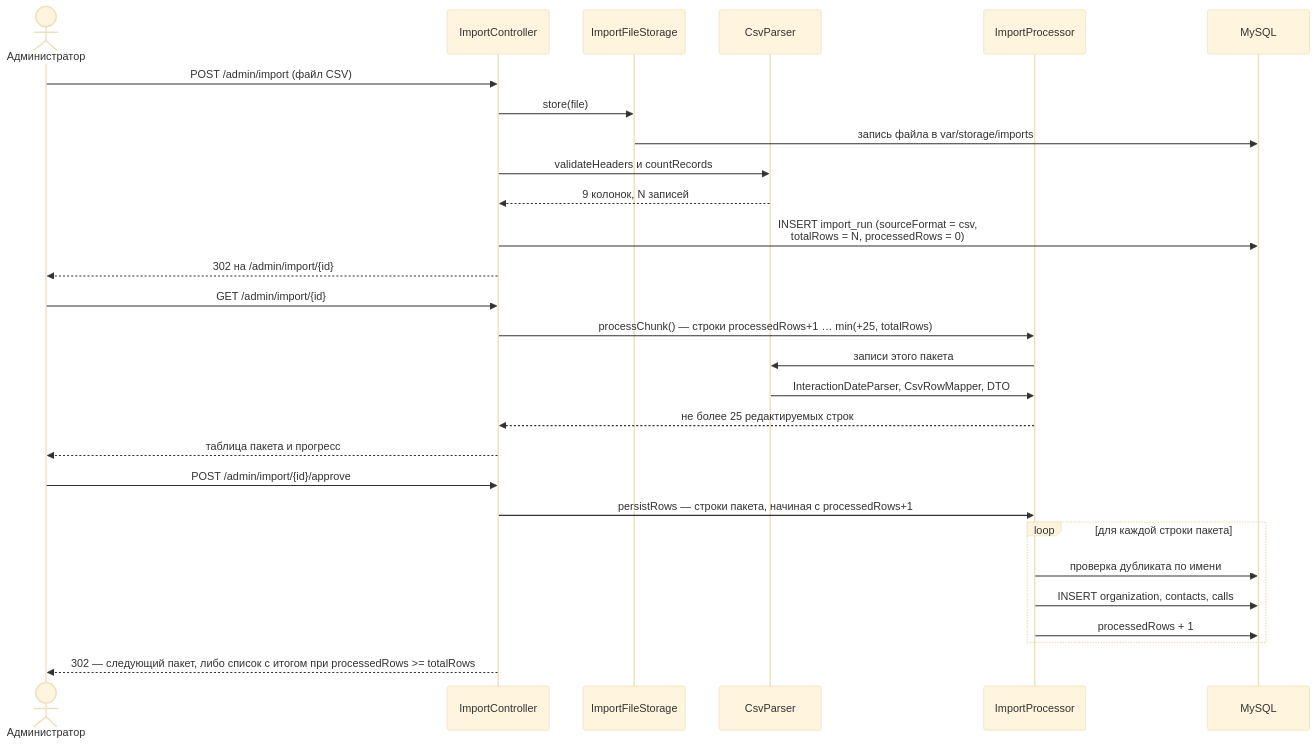
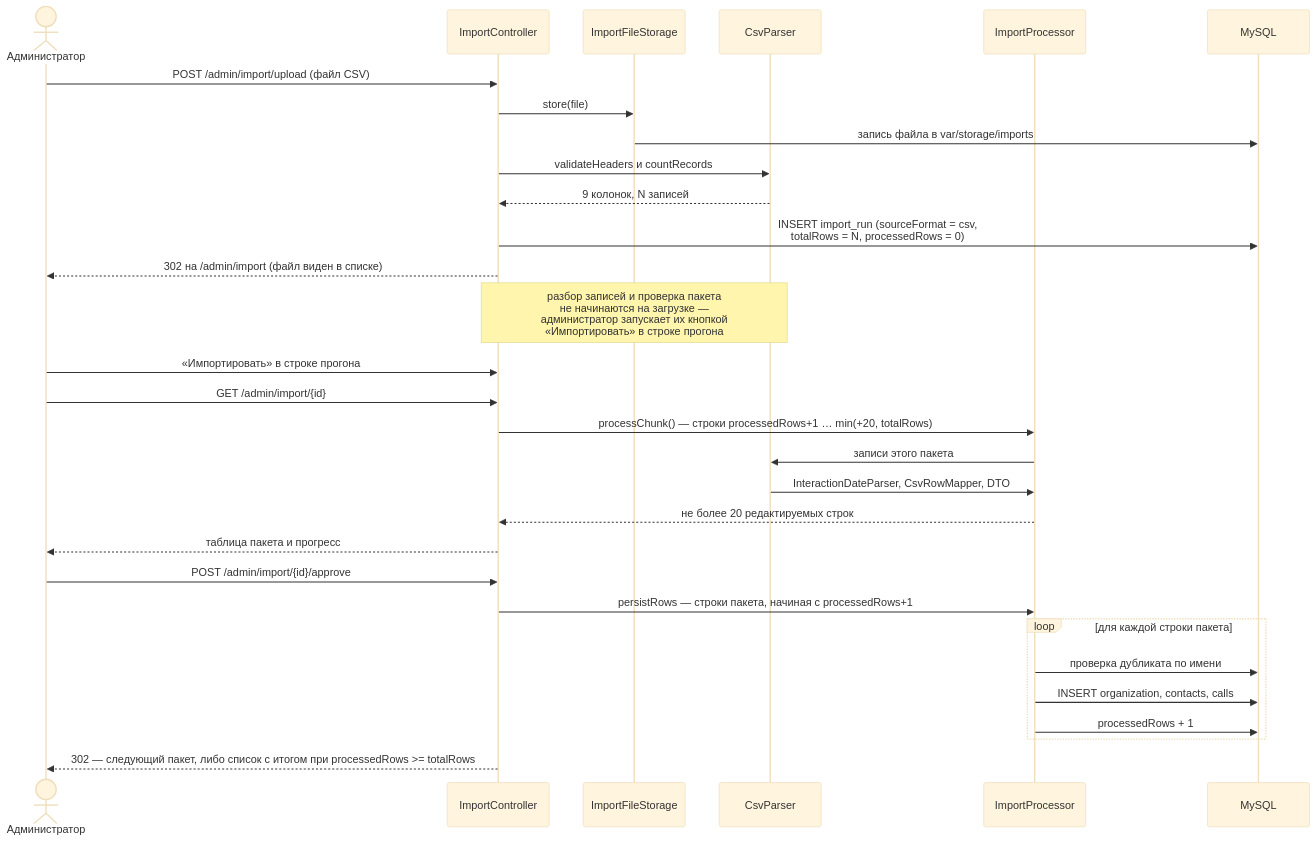
Before and after one commit to AliakseiBurak/crm-one: the second of 3 diagrams in openspec/changes/add-organizations-csv-import/design.md, drawn with Mermaid (base theme). The commit also changed other lines of this file and 7 other files, not shown here.

````diff
--- a/openspec/changes/add-organizations-csv-import/design.md
+++ b/openspec/changes/add-organizations-csv-import/design.md
@@ -533,33 +560,36 @@
 ```mermaid
 sequenceDiagram
     actor Admin as Администратор
     participant IC as ImportController
     participant ST as ImportFileStorage
     participant P as CsvParser
     participant IP as ImportProcessor
     participant DB as MySQL
 
-    Admin->>IC: POST /admin/import (файл CSV)
+    Admin->>IC: POST /admin/import/upload (файл CSV)
     IC->>ST: store(file)
     ST->>DB: запись файла в var/storage/imports
     IC->>P: validateHeaders и countRecords
     P-->>IC: 9 колонок, N записей
     IC->>DB: INSERT import_run (sourceFormat = csv,<br/>totalRows = N, processedRows = 0)
-    IC-->>Admin: 302 на /admin/import/{id}
+    IC-->>Admin: 302 на /admin/import (файл виден в списке)
 
+    Note over IC,P: разбор записей и проверка пакета<br/>не начинаются на загрузке —<br/>администратор запускает их кнопкой<br/>«Импортировать» в строке прогона
+
+    Admin->>IC: «Импортировать» в строке прогона
     Admin->>IC: GET /admin/import/{id}
-    IC->>IP: processChunk() — строки processedRows+1 … min(+25, totalRows)
+    IC->>IP: processChunk() — строки processedRows+1 … min(+20, totalRows)
     IP->>P: записи этого пакета
     P->>IP: InteractionDateParser, CsvRowMapper, DTO
-    IP-->>IC: не более 25 редактируемых строк
+    IP-->>IC: не более 20 редактируемых строк
     IC-->>Admin: таблица пакета и прогресс
 
     Admin->>IC: POST /admin/import/{id}/approve
     IC->>IP: persistRows — строки пакета, начиная с processedRows+1
     loop для каждой строки пакета
         IP->>DB: проверка дубликата по имени
         IP->>DB: INSERT organization, contacts, calls
         IP->>DB: processedRows + 1
     end
     IC-->>Admin: 302 — следующий пакет, либо список с итогом при processedRows >= totalRows
 ```
````
